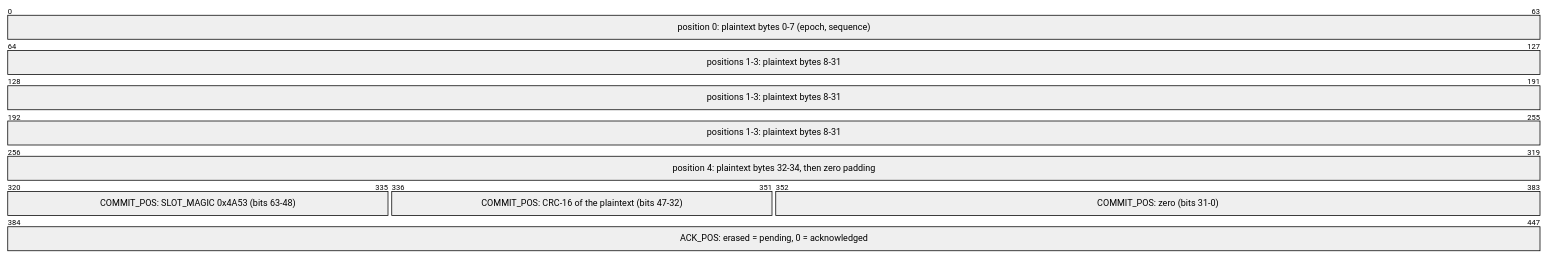
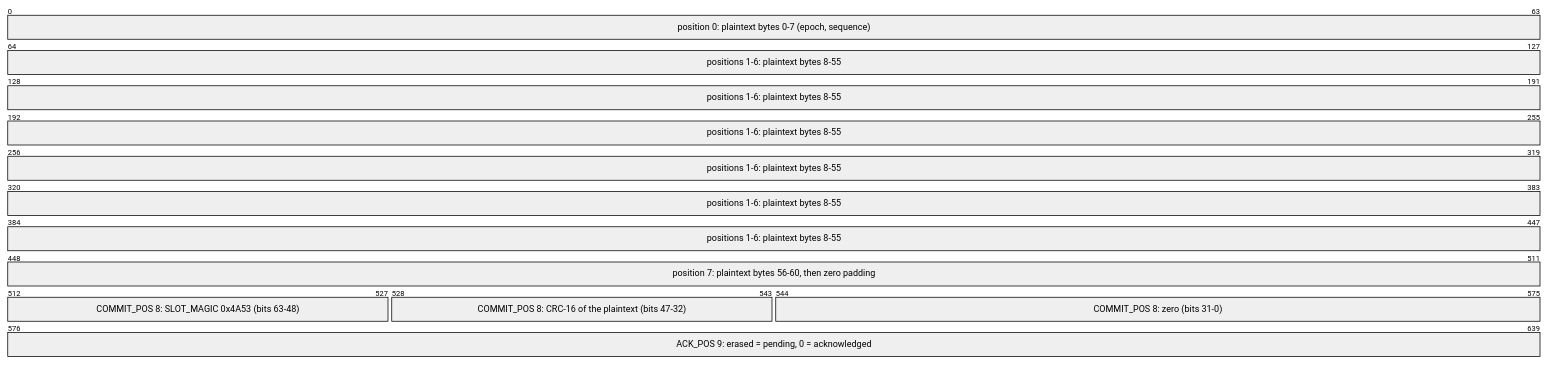
The ninth of 14 diagrams in firmware/stage0-node/App/node_store.lit.md (clintecker/weather-station-2026), drawn with Mermaid before and after one commit. The commit also changed other lines of this file and 42 other files, not shown here.

````diff
--- a/firmware/stage0-node/App/node_store.lit.md
+++ b/firmware/stage0-node/App/node_store.lit.md
@@ -662,15 +663,15 @@
 ```mermaid
 ---
 config:
   packet:
     bitsPerRow: 64
 ---
 packet-beta
 0-63: "position 0: plaintext bytes 0-7 (epoch, sequence)"
-64-255: "positions 1-3: plaintext bytes 8-31"
-256-319: "position 4: plaintext bytes 32-34, then zero padding"
-320-335: "COMMIT_POS: SLOT_MAGIC 0x4A53 (bits 63-48)"
-336-351: "COMMIT_POS: CRC-16 of the plaintext (bits 47-32)"
-352-383: "COMMIT_POS: zero (bits 31-0)"
-384-447: "ACK_POS: erased = pending, 0 = acknowledged"
+64-447: "positions 1-6: plaintext bytes 8-55"
+448-511: "position 7: plaintext bytes 56-60, then zero padding"
+512-527: "COMMIT_POS 8: SLOT_MAGIC 0x4A53 (bits 63-48)"
+528-543: "COMMIT_POS 8: CRC-16 of the plaintext (bits 47-32)"
+544-575: "COMMIT_POS 8: zero (bits 31-0)"
+576-639: "ACK_POS 9: erased = pending, 0 = acknowledged"
 ```
````
